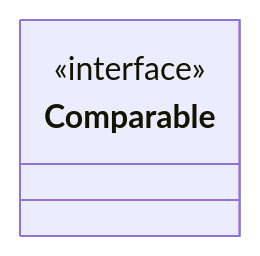
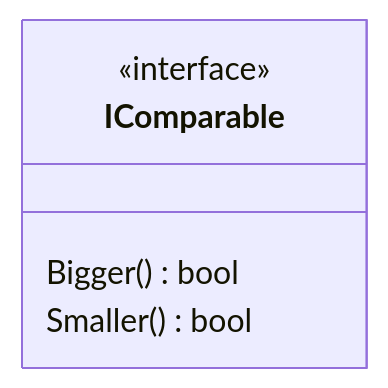
Before and after one commit to ZhiZe-ZG/UMLLesson: the fourth of 5 diagrams in Lesson03.md, drawn with Mermaid. The commit also changed other lines of this file and 1 other file, not shown here.

````diff
--- a/Lesson03.md
+++ b/Lesson03.md
@@ -87,7 +82,9 @@
 ```mermaid
 classDiagram
-    class Comparable{
+    class IComparable{
         <<interface>>
+        Bigger() bool
+        Smaller() bool
     }
     
 ```
````
